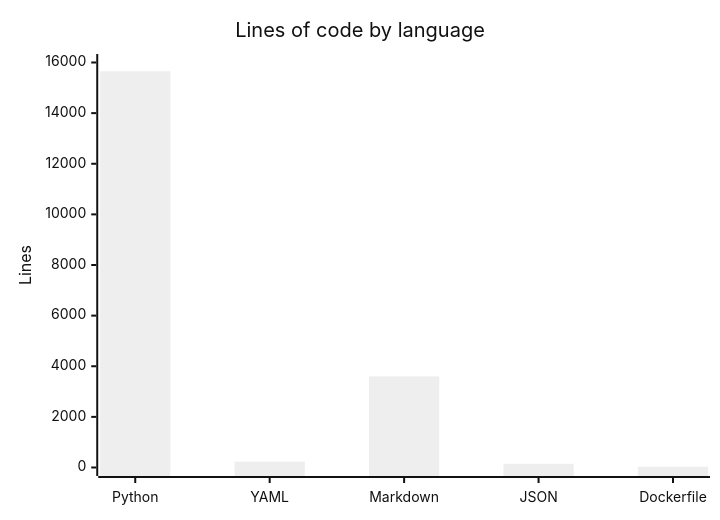
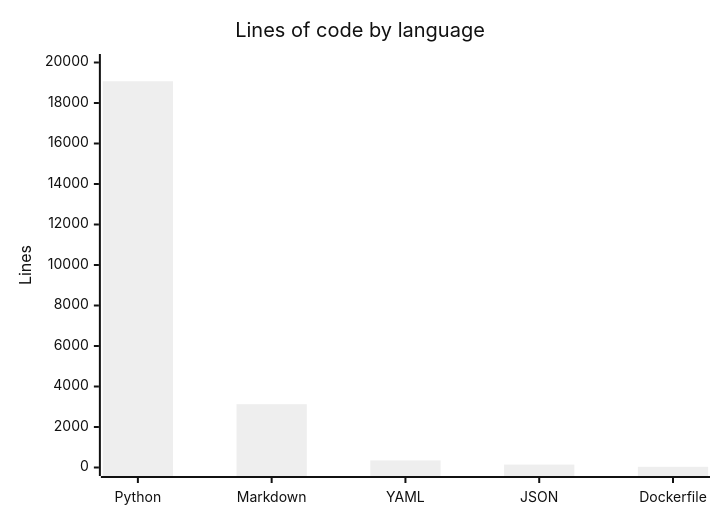
One commit to magnus919/SlopSearX changed the diagram in droid-wiki/by-the-numbers.md. Above: the diagram before and after it, drawn with Mermaid (neutral theme). The commit also changed other lines of this file and 12 other files, not shown here.

````diff
--- a/droid-wiki/by-the-numbers.md
+++ b/droid-wiki/by-the-numbers.md
@@ -20,7 +20,7 @@
 ```mermaid
 xychart-beta
     title "Lines of code by language"
-    x-axis ["Python", "YAML", "Markdown", "JSON", "Dockerfile"]
-    y-axis "Lines" 0 --> 16000
-    bar [15654, 230, 3600, 145, 30]
+    x-axis ["Python", "Markdown", "YAML", "JSON", "Dockerfile"]
+    y-axis "Lines" 0 --> 20000
+    bar [19073, 3126, 350, 145, 35]
 ```
````
